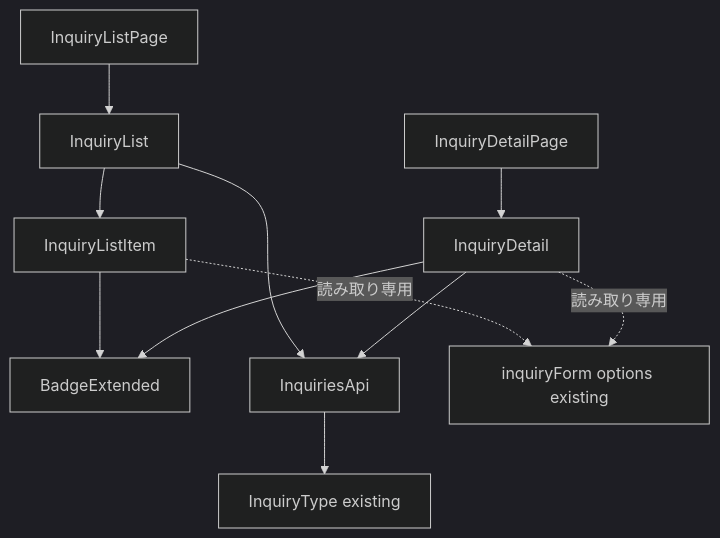
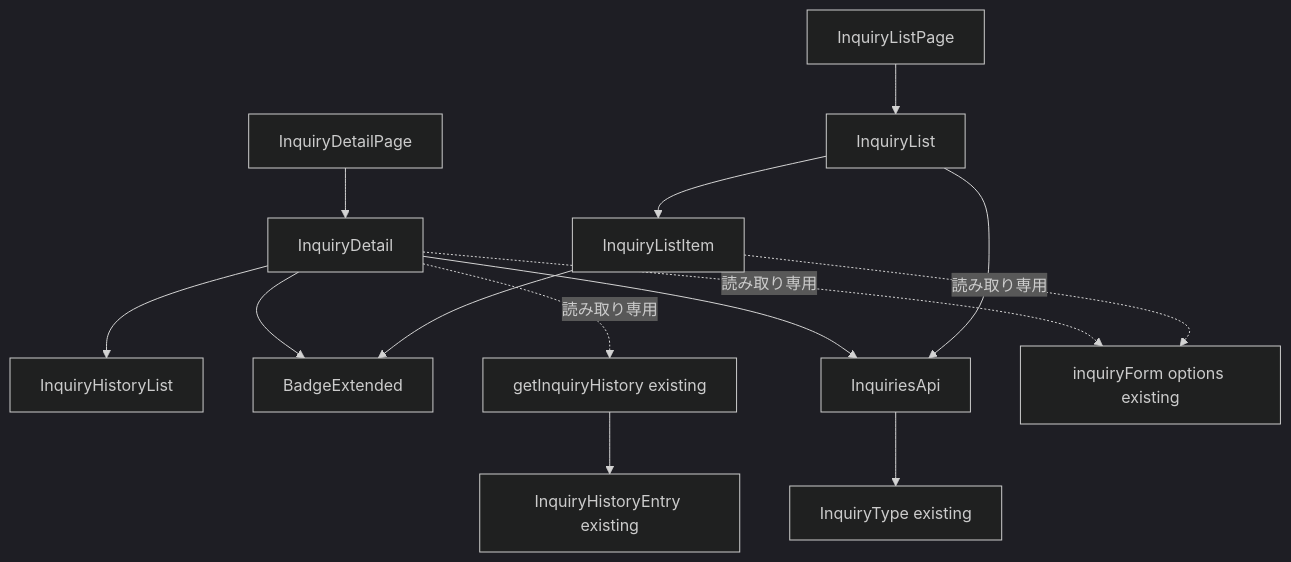
Before and after one commit to yuitosuenaga/daiso-portal-mock: the first of 3 diagrams in .kiro/specs/inquiry-list/design.md, drawn with Mermaid (dark theme). The commit also changed other lines of this file and 11 other files, not shown here.

````diff
--- a/.kiro/specs/inquiry-list/design.md
+++ b/.kiro/specs/inquiry-list/design.md
@@ -54,23 +63,29 @@
 ```mermaid
 graph TB
     ListPage[InquiryListPage]
     DetailPage[InquiryDetailPage]
     List[InquiryList]
     ListItem[InquiryListItem]
     Detail[InquiryDetail]
+    HistoryList[InquiryHistoryList]
     Badge[BadgeExtended]
     Api[InquiriesApi]
+    HistoryApi[getInquiryHistory existing]
     Types[InquiryType existing]
+    HistoryTypes[InquiryHistoryEntry existing]
     InquiryFormMessages[inquiryForm options existing]
 
     ListPage --> List
     List --> ListItem
     ListItem --> Badge
     DetailPage --> Detail
     Detail --> Badge
+    Detail --> HistoryList
     List --> Api
     Detail --> Api
+    Detail -.読み取り専用.-> HistoryApi
+    HistoryApi --> HistoryTypes
     Api --> Types
     ListItem -.読み取り専用.-> InquiryFormMessages
     Detail -.読み取り専用.-> InquiryFormMessages
 ```
````
